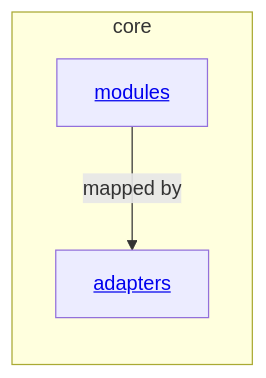
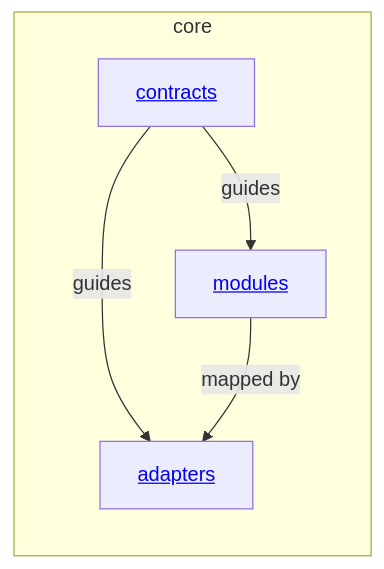
One commit to abstract-business-systems/as-is changed the diagram in core/as-is.md. Above: the diagram before and after it, drawn with Mermaid. The commit also changed other lines of this file and 55 other files, not shown here.

````diff
--- a/core/as-is.md
+++ b/core/as-is.md
@@ -20,9 +21,12 @@
 ```mermaid
 flowchart TB
     subgraph Core["core"]
         direction TB
         Modules["<a href='./modules/as-is.md#design'>modules</a>"]
         Adapters["<a href='./adapters/as-is.md#design'>adapters</a>"]
+        Contracts["<a href='./contracts/as-is.md#design'>contracts</a>"]
+        Contracts -->|guides| Modules
+        Contracts -->|guides| Adapters
         Modules -->|mapped by| Adapters
     end
 ```
````
